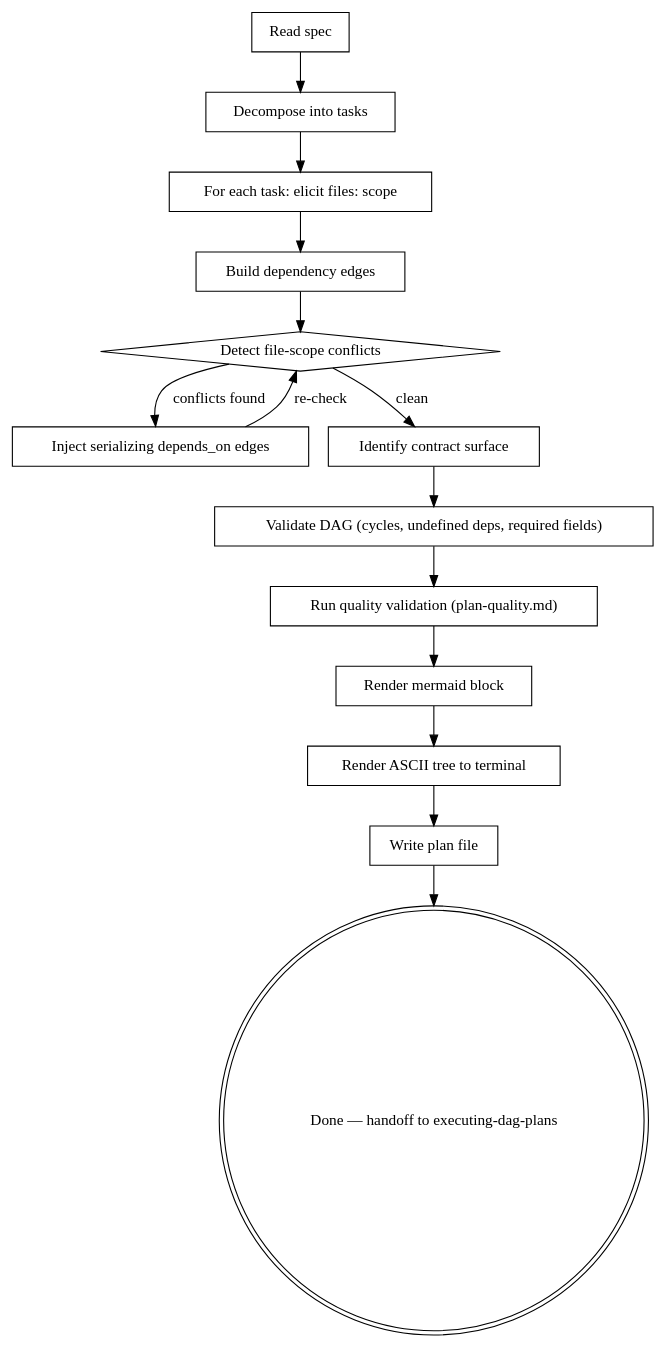
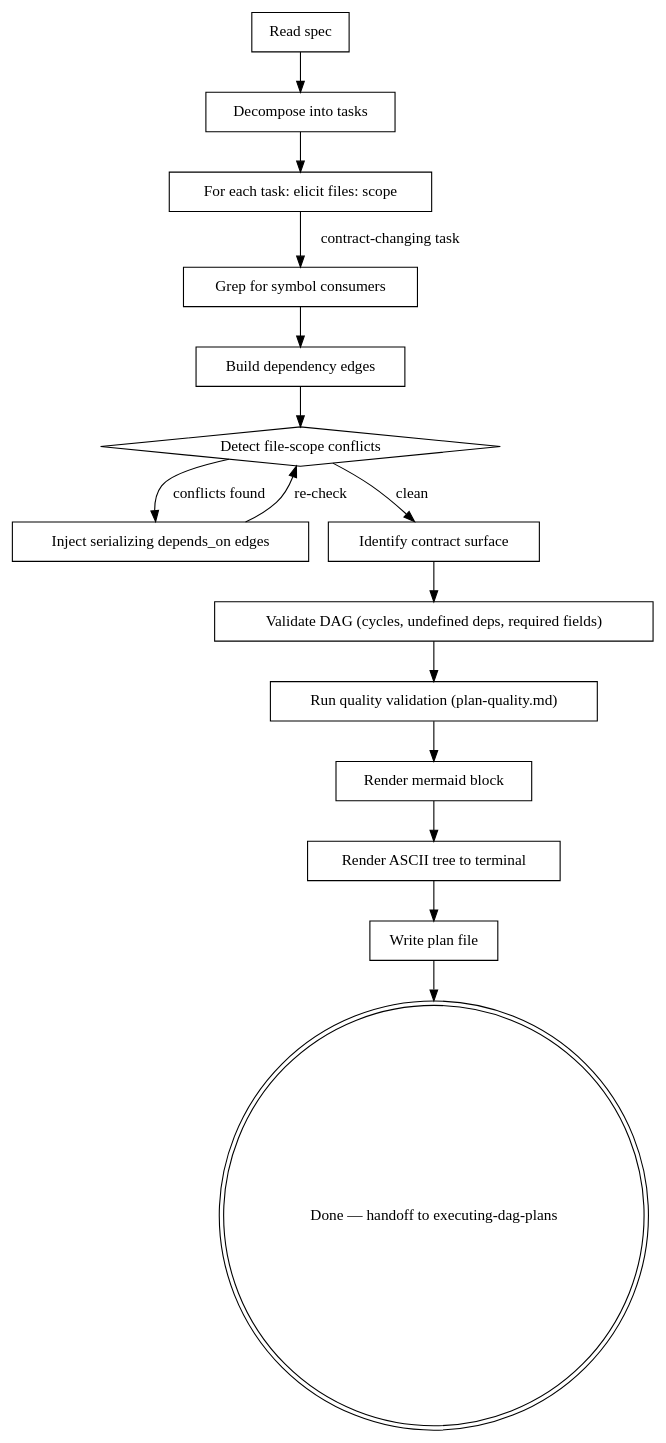
One commit to BrettNye/parallel-dag-execution changed the diagram in skills/writing-dag-plans/SKILL.md. Above: the diagram before and after it, drawn with Graphviz. The commit also changed other lines of this file, not shown here.

First line of the commit message:
feat(writing-dag-plans): add symbol-consumer grep discipline as planner step 3.5

````diff
--- a/skills/writing-dag-plans/SKILL.md
+++ b/skills/writing-dag-plans/SKILL.md
@@ -31,31 +31,33 @@
 ```dot
 digraph writing_dag_plans {
     "Read spec" [shape=box];
     "Decompose into tasks" [shape=box];
     "For each task: elicit files: scope" [shape=box];
     "Build dependency edges" [shape=box];
     "Detect file-scope conflicts" [shape=diamond];
     "Inject serializing depends_on edges" [shape=box];
     "Validate DAG (cycles, undefined deps, required fields)" [shape=box];
     "Render mermaid block" [shape=box];
     "Render ASCII tree to terminal" [shape=box];
     "Write plan file" [shape=box];
     "Done — handoff to executing-dag-plans" [shape=doublecircle];
 
     "Read spec" -> "Decompose into tasks";
     "Decompose into tasks" -> "For each task: elicit files: scope";
-    "For each task: elicit files: scope" -> "Build dependency edges";
+    "For each task: elicit files: scope" -> "Grep for symbol consumers" [label="contract-changing task"];
+    "Grep for symbol consumers" [shape=box];
+    "Grep for symbol consumers" -> "Build dependency edges";
     "Build dependency edges" -> "Detect file-scope conflicts";
     "Identify contract surface" [shape=box];
     "Detect file-scope conflicts" -> "Inject serializing depends_on edges" [label="conflicts found"];
     "Detect file-scope conflicts" -> "Identify contract surface" [label="clean"];
     "Inject serializing depends_on edges" -> "Detect file-scope conflicts" [label="re-check"];
     "Identify contract surface" -> "Validate DAG (cycles, undefined deps, required fields)";
     "Validate DAG (cycles, undefined deps, required fields)" -> "Run quality validation (plan-quality.md)";
     "Run quality validation (plan-quality.md)" [shape=box];
     "Run quality validation (plan-quality.md)" -> "Render mermaid block";
     "Render mermaid block" -> "Render ASCII tree to terminal";
     "Render ASCII tree to terminal" -> "Write plan file";
     "Write plan file" -> "Done — handoff to executing-dag-plans";
 }
 ```
````
